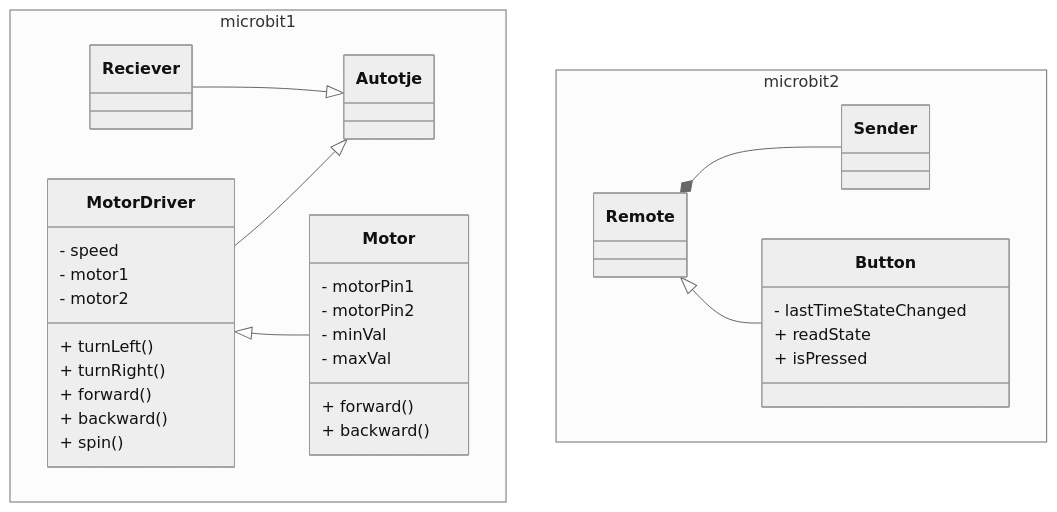
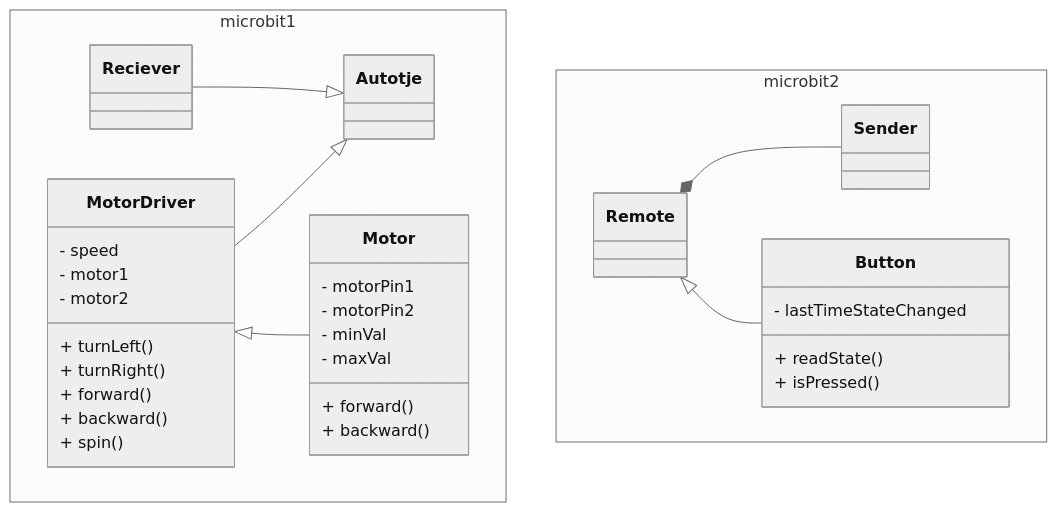
The diagram in UML_schema.md (jensthebrogrammer/project_autotje), drawn with Mermaid (neutral theme) before and after one commit.

Commit message:
update_tuur haakjes

````diff
--- a/UML_schema.md
+++ b/UML_schema.md
@@ -1,53 +1,53 @@
 ```mermaid
 classDiagram
     namespace microbit1 {
         class Autotje {
             
         }
 
         class Motor {
             - motorPin1
             - motorPin2
             - minVal
             - maxVal
             + forward()
             + backward()
         }
         
         class MotorDriver {
             - speed
             - motor1
             - motor2
             + turnLeft()
             + turnRight()
             + forward()
             + backward()
             + spin()
         }
 
         class Reciever {
 
         }
     }
 
     namespace microbit2 {
         class Remote {
         }
     
         class Sender {
         }
     
         class Button {
             - lastTimeStateChanged
-            + readState
-            + isPressed
+            + readState()
+            + isPressed()
             
         }
     }
 
     MotorDriver --|> Autotje
     Reciever --|> Autotje
     Remote *-- Sender
     Remote <|-- Button
     MotorDriver <|-- Motor
 ```
````
